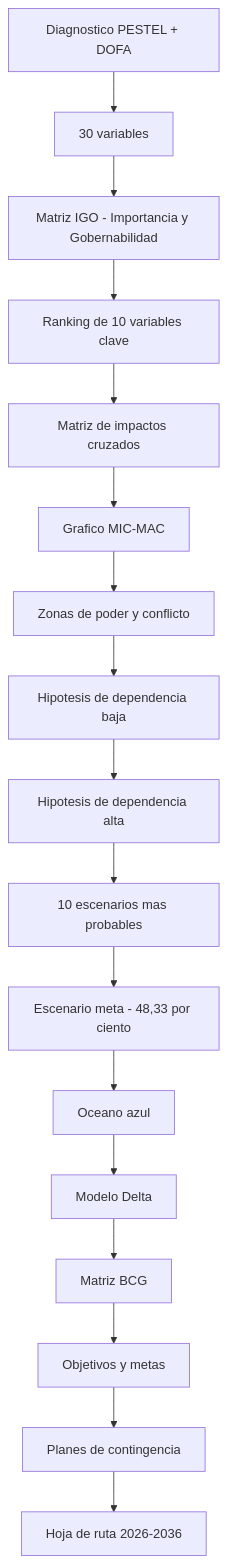
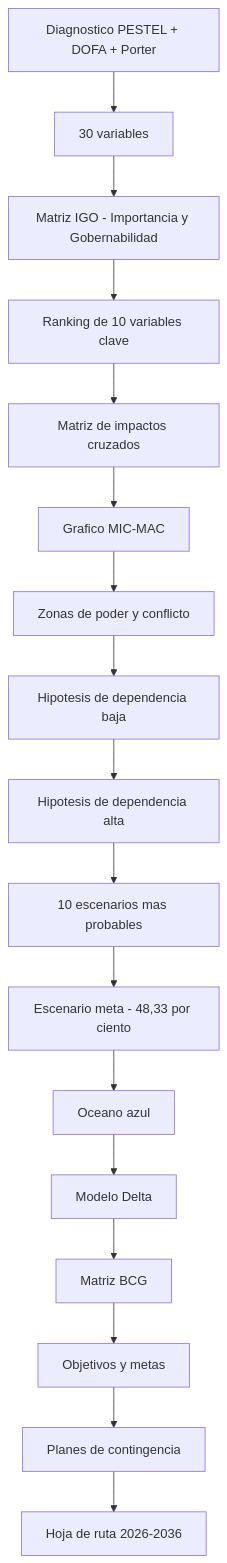
One commit to AlejoTechEngineer/imaginamos-2036-prospectiva-igo-micmac-escenario-meta changed the second of 3 diagrams in README.md. Above: the diagram before and after it, drawn with Mermaid. The commit also changed other lines of this file and 1 other file, not shown here.

````diff
--- a/README.md
+++ b/README.md
@@ -166,19 +169,19 @@
 ```mermaid
 flowchart TD
-    A[Diagnostico PESTEL + DOFA] --> B[30 variables]
+    A[Diagnostico PESTEL + DOFA + Porter] --> B[30 variables]
     B --> C[Matriz IGO - Importancia y Gobernabilidad]
     C --> D[Ranking de 10 variables clave]
     D --> E[Matriz de impactos cruzados]
     E --> F[Grafico MIC-MAC]
     F --> G[Zonas de poder y conflicto]
     G --> H[Hipotesis de dependencia baja]
     H --> I[Hipotesis de dependencia alta]
     I --> J[10 escenarios mas probables]
     J --> K[Escenario meta - 48,33 por ciento]
     K --> L[Oceano azul]
     L --> M[Modelo Delta]
     M --> N[Matriz BCG]
     N --> O[Objetivos y metas]
     O --> P[Planes de contingencia]
     P --> Q[Hoja de ruta 2026-2036]
 ```
````
